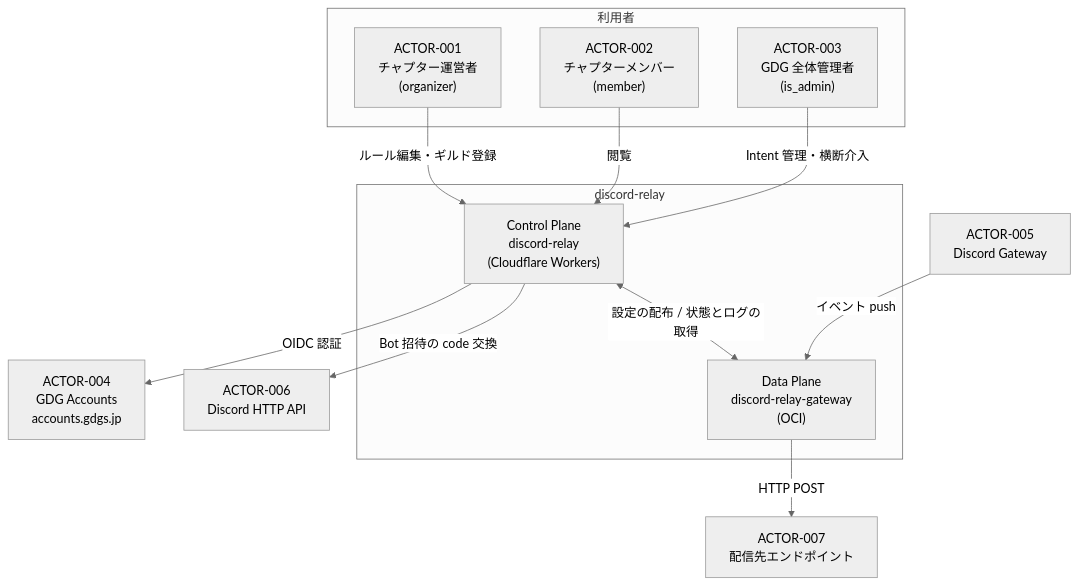
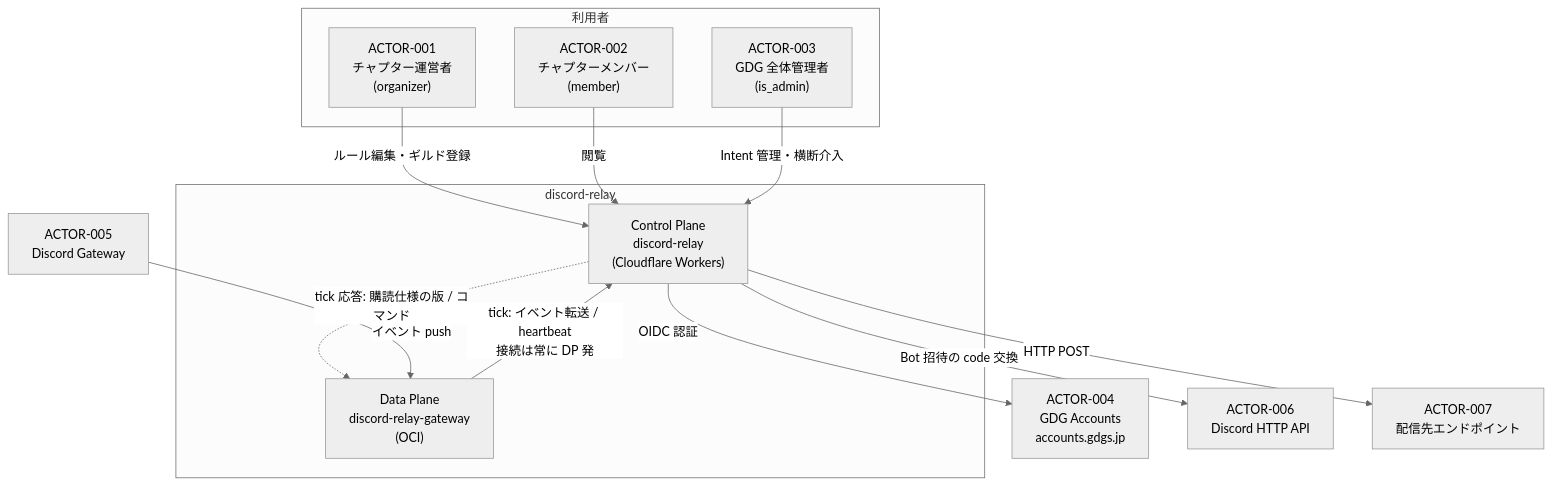
One commit to gdg-jp/gdgjp changed the first of 2 diagrams in docs/rdra/discord-relay/overview.md. Above: the diagram before and after it, drawn with Mermaid (neutral theme). The commit also changed other lines of this file and 6 other files, not shown here.

````diff
--- a/docs/rdra/discord-relay/overview.md
+++ b/docs/rdra/discord-relay/overview.md
@@ -142,27 +143,28 @@
 ```mermaid
 graph TB
     subgraph Human["利用者"]
         ORG["ACTOR-001<br/>チャプター運営者<br/>(organizer)"]
         MEM["ACTOR-002<br/>チャプターメンバー<br/>(member)"]
         ADM["ACTOR-003<br/>GDG 全体管理者<br/>(is_admin)"]
     end
 
     subgraph SUT["discord-relay"]
         CP["Control Plane<br/>discord-relay<br/>(Cloudflare Workers)"]
         DP["Data Plane<br/>discord-relay-gateway<br/>(OCI)"]
     end
 
     IDP["ACTOR-004<br/>GDG Accounts<br/>accounts.gdgs.jp"]
     GW["ACTOR-005<br/>Discord Gateway"]
     API["ACTOR-006<br/>Discord HTTP API"]
     EP["ACTOR-007<br/>配信先エンドポイント"]
 
     ORG -->|ルール編集・ギルド登録| CP
     MEM -->|閲覧| CP
     ADM -->|Intent 管理・横断介入| CP
     CP -->|OIDC 認証| IDP
     CP -->|Bot 招待の code 交換| API
-    CP <-->|設定の配布 / 状態とログの取得| DP
+    DP -->|tick: イベント転送 / heartbeat<br/>接続は常に DP 発| CP
+    CP -.->|tick 応答: 購読仕様の版 / コマンド| DP
     GW -->|イベント push| DP
-    DP -->|HTTP POST| EP
+    CP -->|HTTP POST| EP
 ```
````
